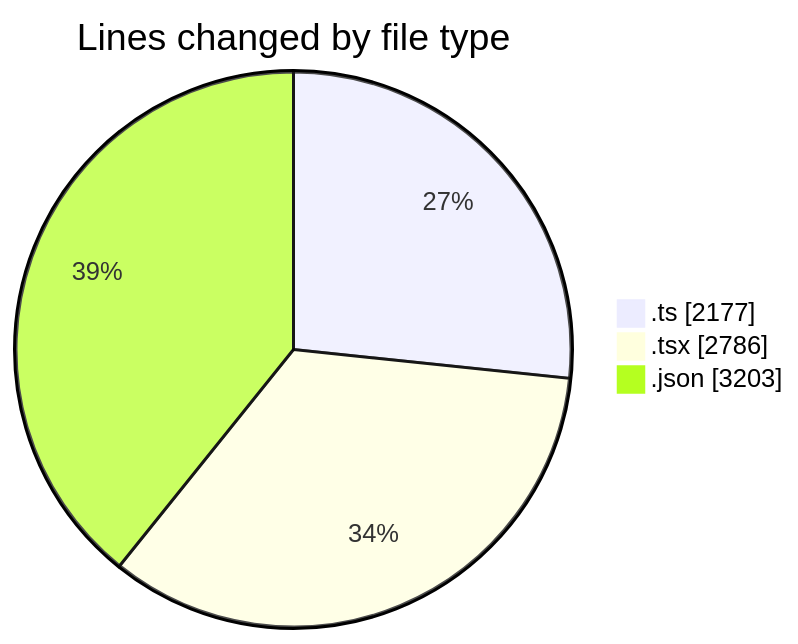
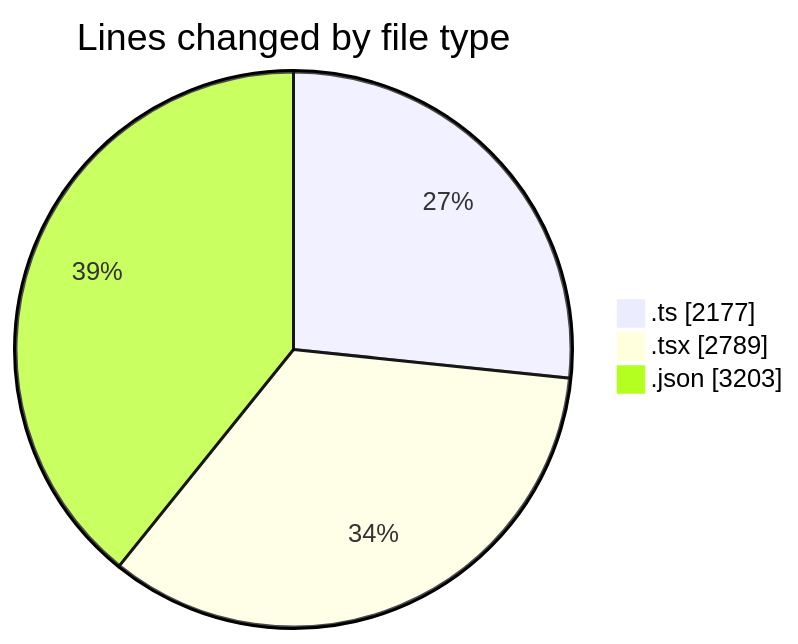
One commit to julien-gomy/code-tracking changed the first of 2 diagrams in 2025-10-23/eventscop-frontend-guide__workspace_/README.md. Above: the diagram before and after it, drawn with Mermaid. The commit also changed other lines of this file and 1 other file, not shown here.

````diff
--- a/2025-10-23/eventscop-frontend-guide__workspace_/README.md
+++ b/2025-10-23/eventscop-frontend-guide__workspace_/README.md
@@ -41,7 +41,7 @@
 ```mermaid
 pie showData
 title Lines changed by file type
 ".ts" : 2177
-".tsx" : 2786
+".tsx" : 2789
 ".json" : 3203
 ```
````
